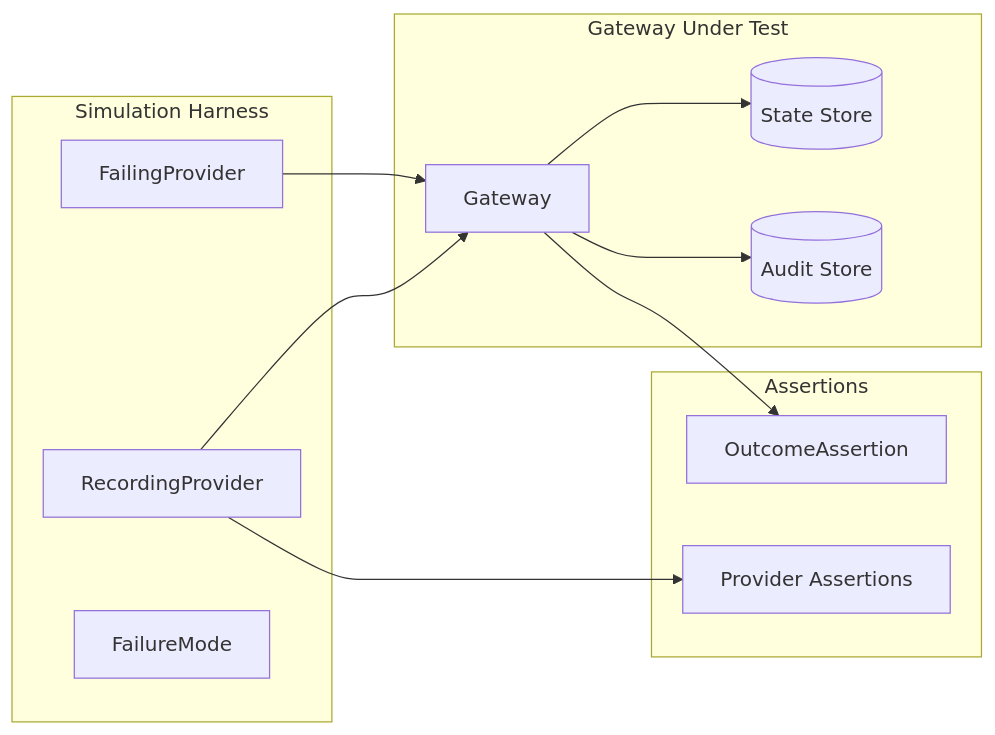
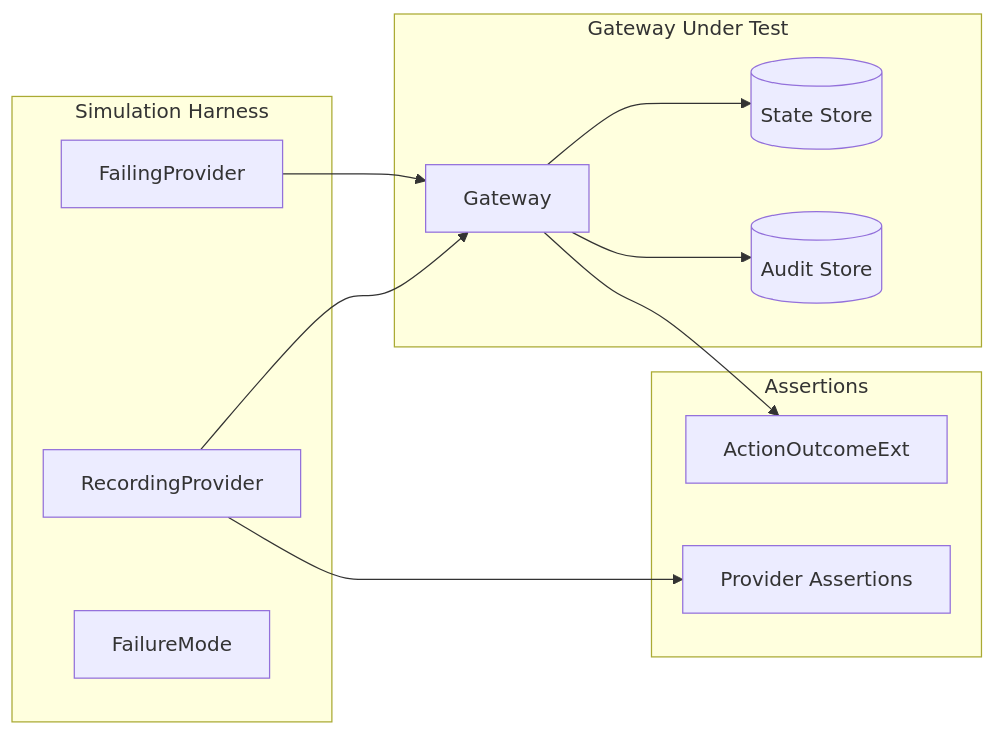
Before and after one commit to penserai/acteon: the diagram in docs/book/examples/simulation.md, drawn with Mermaid. The commit also changed other lines of this file and 60 other files, not shown here.

````diff
--- a/docs/book/examples/simulation.md
+++ b/docs/book/examples/simulation.md
@@ -31,26 +31,26 @@
 ```mermaid
 flowchart LR
     subgraph Simulation Harness
         RC[RecordingProvider]
         FP[FailingProvider]
         FM[FailureMode]
     end
 
     subgraph Gateway Under Test
         GW[Gateway]
         ST[(State Store)]
         AU[(Audit Store)]
     end
 
     subgraph Assertions
-        OA[OutcomeAssertion]
+        OA[ActionOutcomeExt]
         PA[Provider Assertions]
     end
 
     RC --> GW
     FP --> GW
     GW --> ST
     GW --> AU
     GW --> OA
     RC --> PA
 ```
````
